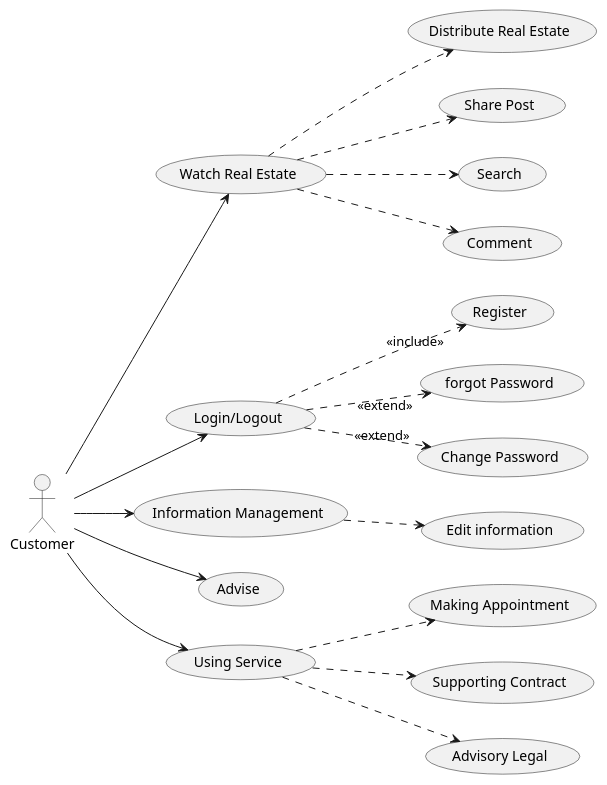
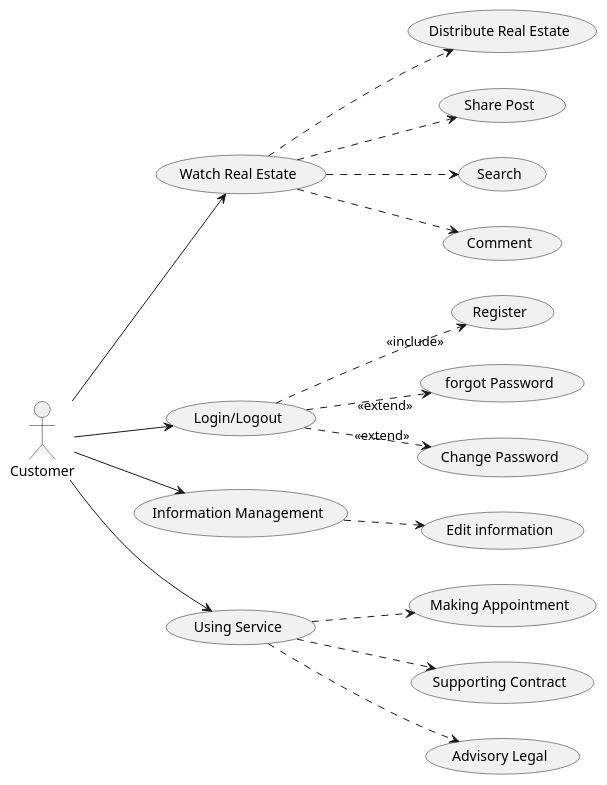
Before and after one commit to KaLord2231/SE357-Pratice-class: the diagram in Lab1.2/UseCase_Diagram/Usecase_Customer.plantuml, drawn with PlantUML. The commit also changed 15 other files, not shown here.

Commit message:
Update diagram

```diff
--- a/Lab1.2/UseCase_Diagram/Usecase_Customer.plantuml
+++ b/Lab1.2/UseCase_Diagram/Usecase_Customer.plantuml
@@ -1,37 +1,36 @@
 @startuml
 left to right direction
 Actor "Customer" as Cus
 usecase "Watch Real Estate" as WRS
     usecase "Distribute Real Estate"as DRE /'Phân loại BDS'/
     usecase "Share Post" as Share 
     usecase "Search"as Search
     usecase "Comment" as Comment
 
     (WRS)..>(DRE)
     (WRS)..>(Share)
     (WRS)..>(Search)
     (WRS)..>(Comment)
 Cus-->WRS
 usecase "Login/Logout" as log 
     usecase "Register" as Reg 
     usecase "forgot Password" as fogot 
     usecase "Change Password" as ChgPass 
 (log)..>"<<include>>"(Reg)
 (log)..>"<<extend>>"(fogot)
 (log)..>"<<extend>>"(ChgPass)
 Cus-->log
 usecase "Information Management" as InfManage
     usecase "Edit information" as EdInf
     Cus-->(InfManage)
     (InfManage)..>(EdInf)
-usecase "Advise" as Adv
-Cus-->(Adv)
+
 usecase "Using Service" as Serv
     usecase "Making Appointment" as MAP /'Đặt lịch hẹn'/
     usecase "Supporting Contract" as SuCon /'Hỗ trợ hợp đồng'/
     usecase "Advisory Legal" as AdLegal /'Tư vấn luật'/
     (Serv)..>(MAP)
     (Serv)..>(SuCon)
     (Serv)..>(AdLegal)
 Cus -->(Serv)
 @enduml
```
